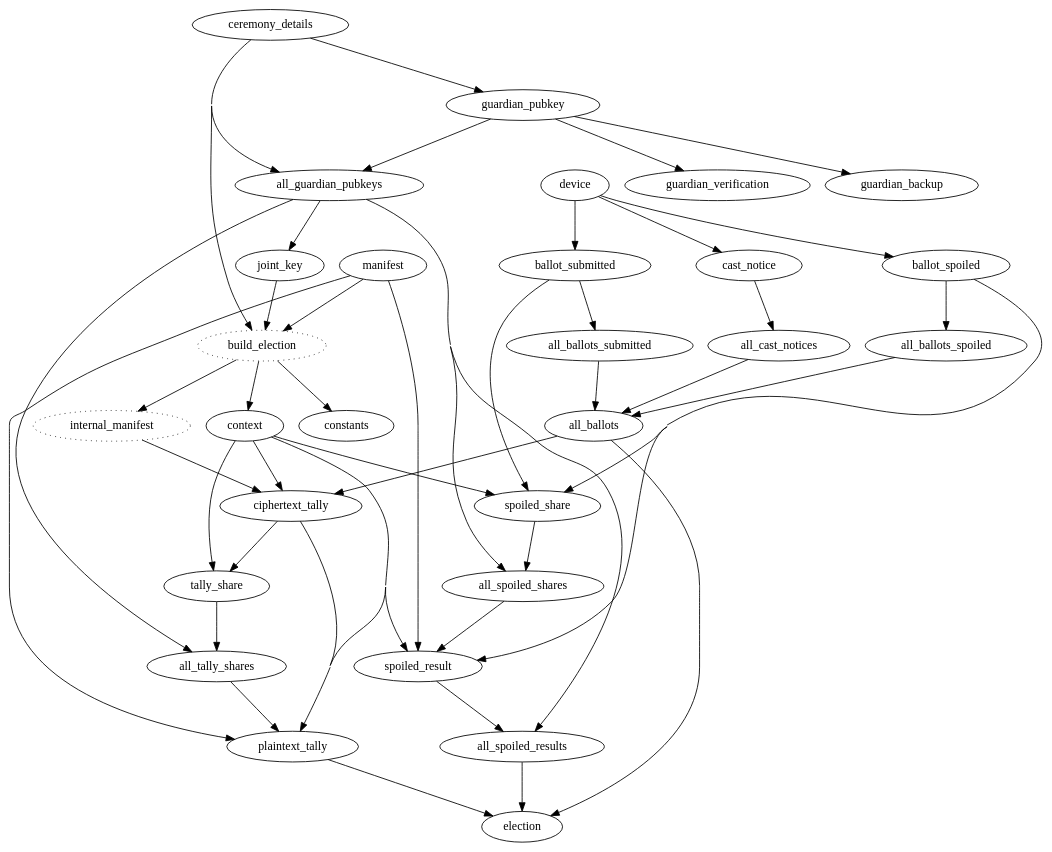
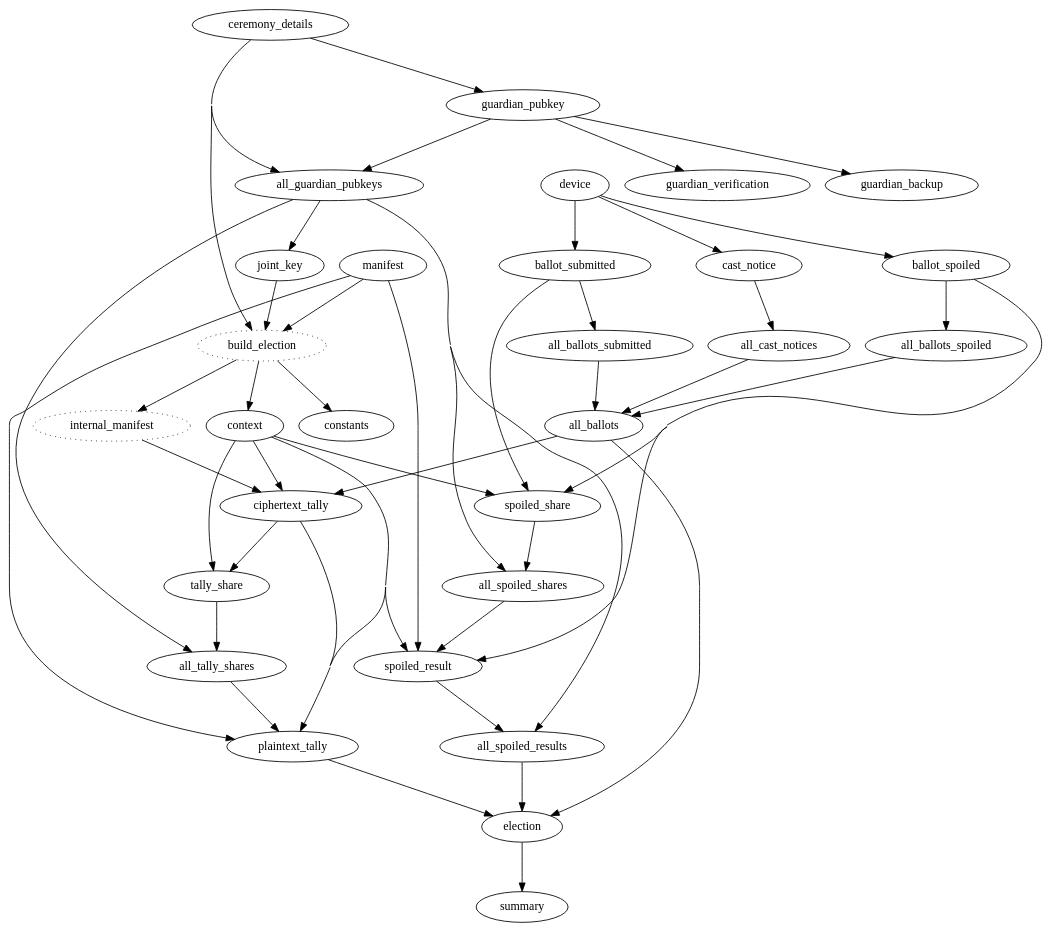
The diagram in milestone1/verifier/verifier_deps.dot (jefdaj/electionguard-cardano), drawn with Graphviz before and after one commit. The commit also changed 4 other files, not shown here.

```diff
--- a/milestone1/verifier/verifier_deps.dot
+++ b/milestone1/verifier/verifier_deps.dot
@@ -1,62 +1,64 @@
 digraph verifier_deps {
   concentrate=true
   ranksep=0.8
 
   # nodes from PUBLIC_RECORDS keys
   manifest
   ceremony_details
   guardian_pubkey
   guardian_backup # TODO remove? not sure whether these are considered public
   guardian_verification
   joint_key
   constants
   context
   device
   ballot_submitted
   cast_notice
   ballot_spoiled
   ciphertext_tally
   tally_share
   spoiled_share
   plaintext_tally
   spoiled_result
   # summary # TODO remove once moved to verify step
-  election
 
   # "all" versions of things that are actually sets
   {ceremony_details,guardian_pubkey} -> all_guardian_pubkeys
   ballot_submitted -> all_ballots_submitted
   ballot_spoiled -> all_ballots_spoiled
   cast_notice -> all_cast_notices
   {all_ballots_submitted,all_ballots_spoiled,all_cast_notices} -> all_ballots # TODO all_ballots_spoiled not needed here?
   {all_guardian_pubkeys, spoiled_share} -> all_spoiled_shares
   {all_guardian_pubkeys, spoiled_result} -> all_spoiled_results
   {all_guardian_pubkeys, tally_share} -> all_tally_shares
 
   # misc other nodes added manually
   build_election [style=dotted]    # not really a dep, but makes it cleaner # TODO remove?
   internal_manifest [style=dotted] # not serializable; have to build_election each time
   # TODO verify? (the new 4_verify outputs. not sure if useful bc will depend on all other nodes)
+  election
+  summary # TODO rename verify?
 
   # dependenencies from guardian.py
   ceremony_details -> guardian_pubkey -> guardian_backup
   guardian_pubkey -> guardian_verification # TODO remove? it really depends on the *cardano* wallet key right?
   all_guardian_pubkeys -> joint_key
   {ciphertext_tally,context} -> tally_share
   {context,ballot_submitted,ballot_spoiled} -> spoiled_share
   
 
   # dependencies from device.py
   device -> {ballot_submitted,ballot_spoiled,cast_notice}
 
   # dependenencies from admin.py
   {manifest,ceremony_details,joint_key} -> build_election -> {constants,internal_manifest,context}
   {internal_manifest,context,all_ballots} -> ciphertext_tally
   {manifest,context,all_tally_shares,ciphertext_tally} -> plaintext_tally
   {manifest,context,all_spoiled_shares,ballot_spoiled} -> spoiled_result
 
   # overall election cerfification/verification
   # TODO is this how people will see it? or will they only require the plaintext_tally?
   # (either way, this is the way to get the code working first)
   {all_ballots,all_spoiled_results,plaintext_tally} -> election
+  election -> summary
 }
```
